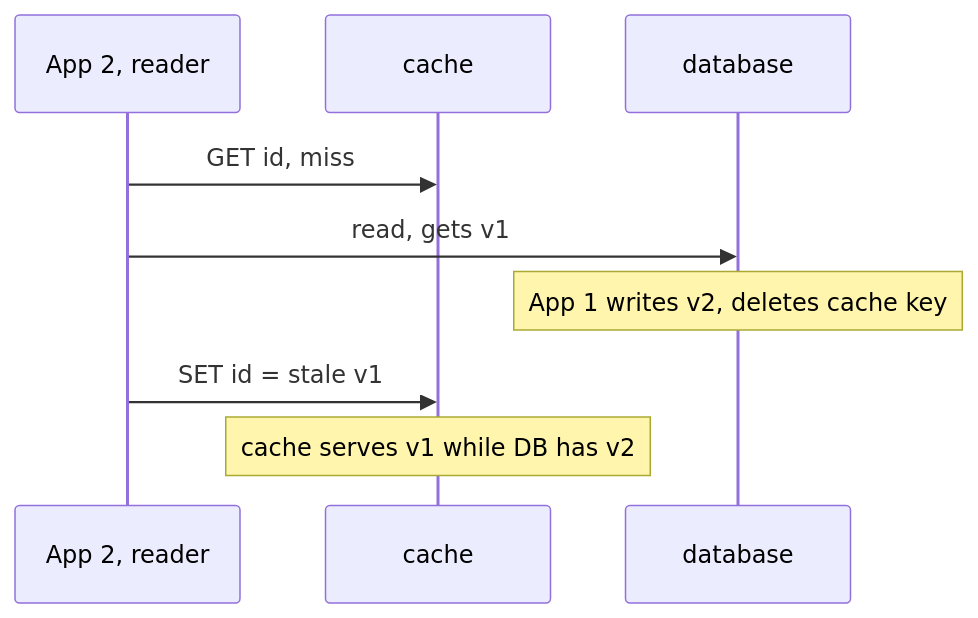
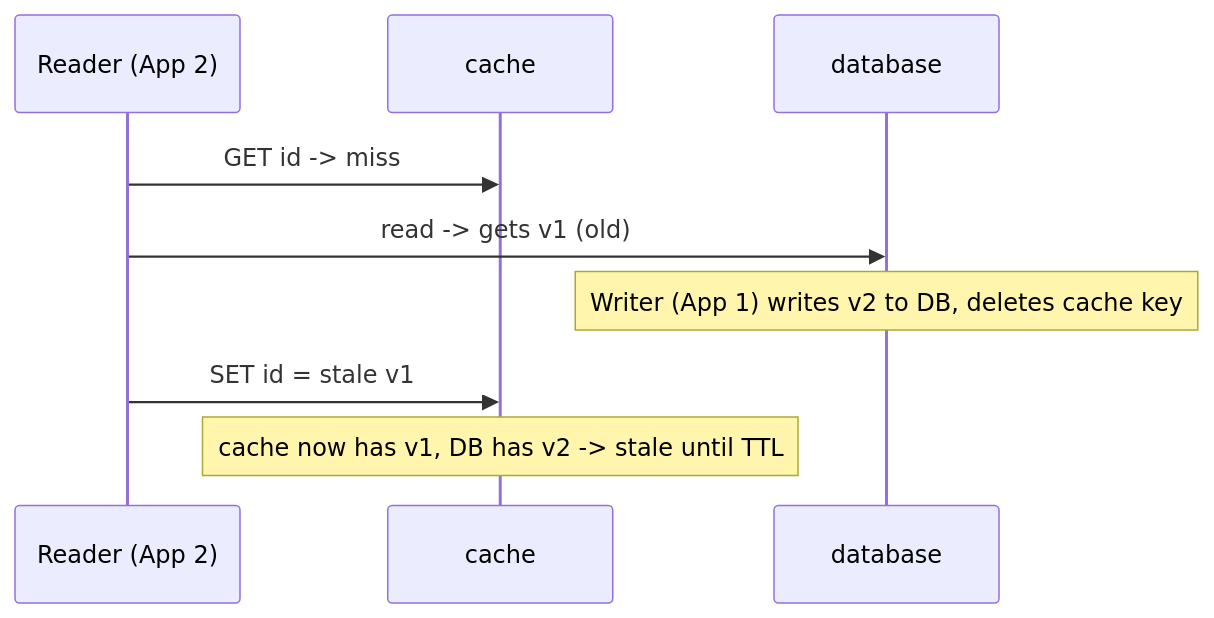
Before and after one commit to mayurjp/dev-blog: the first of 4 diagrams in _posts/2025-12-05-caching-strategies-ttl-and-eviction.md, drawn with Mermaid. The commit also changed other lines of this file and 383 other files, not shown here.

````diff
--- a/_posts/2025-12-05-caching-strategies-ttl-and-eviction.md
+++ b/_posts/2025-12-05-caching-strategies-ttl-and-eviction.md
@@ -75,11 +89,11 @@
 ```mermaid
 sequenceDiagram
-    participant A2 as App 2, reader
+    participant R as Reader (App 2)
     participant C as cache
     participant D as database
-    A2->>C: GET id, miss
-    A2->>D: read, gets v1
-    Note over D: App 1 writes v2, deletes cache key
-    A2->>C: SET id = stale v1
-    Note over C: cache serves v1 while DB has v2
+    R->>C: GET id -> miss
+    R->>D: read -> gets v1 (old)
+    Note over D: Writer (App 1) writes v2 to DB, deletes cache key
+    R->>C: SET id = stale v1
+    Note over C: cache now has v1, DB has v2 -> stale until TTL
 ```
````
